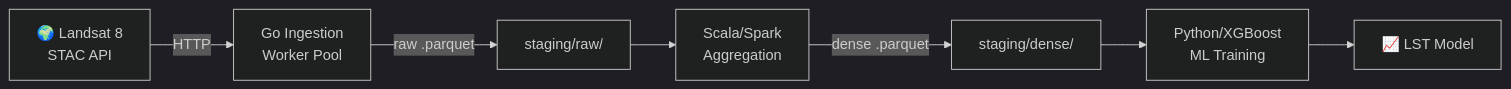
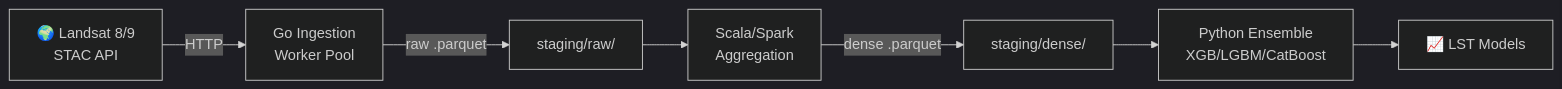
Before and after one commit to pd241008/Helios: the first of 2 diagrams in README.md, drawn with Mermaid (dark theme). The commit also changed other lines of this file and 3 other files, not shown here.

````diff
--- a/README.md
+++ b/README.md
@@ -15,9 +42,9 @@
 ```mermaid
 flowchart LR
-    A["🌍 Landsat 8<br/>STAC API"] -->|HTTP| B["Go Ingestion<br/>Worker Pool"]
+    A["🌍 Landsat 8/9<br/>STAC API"] -->|HTTP| B["Go Ingestion<br/>Worker Pool"]
     B -->|raw .parquet| C["staging/raw/"]
     C --> D["Scala/Spark<br/>Aggregation"]
     D -->|dense .parquet| E["staging/dense/"]
-    E --> F["Python/XGBoost<br/>ML Training"]
-    F --> G["📈 LST Model"]
+    E --> F["Python Ensemble<br/>XGB/LGBM/CatBoost"]
+    F --> G["📈 LST Models"]
 ```
````
